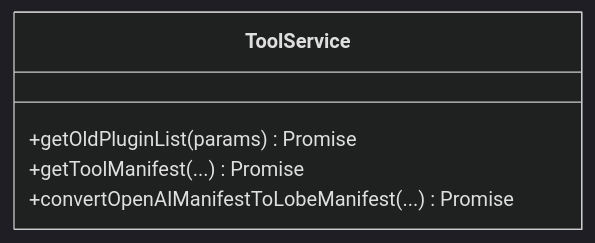
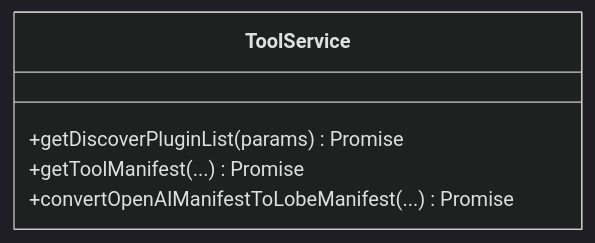
The sixth of 12 diagrams in .qoder/repowiki/zh/content/核心功能模块/API 服务层/API 服务层.md (AvatoLabs/avato), drawn with Mermaid (dark theme) before and after one commit. The commit also changed 188 other files, not shown here.

Commit message:
✨ feat: resource sharing & file auth, discover plugin market via SDK, mobile trash, canary compose and .env.canary

````diff
--- a/.qoder/repowiki/zh/content/核心功能模块/API 服务层/API 服务层.md
+++ b/.qoder/repowiki/zh/content/核心功能模块/API 服务层/API 服务层.md
@@ -278,8 +278,8 @@
 ```mermaid
 classDiagram
 class ToolService {
-+getOldPluginList(params) Promise
++getDiscoverPluginList(params) Promise
 +getToolManifest(...) Promise
 +convertOpenAIManifestToLobeManifest(...) Promise
 }
 ```
````
